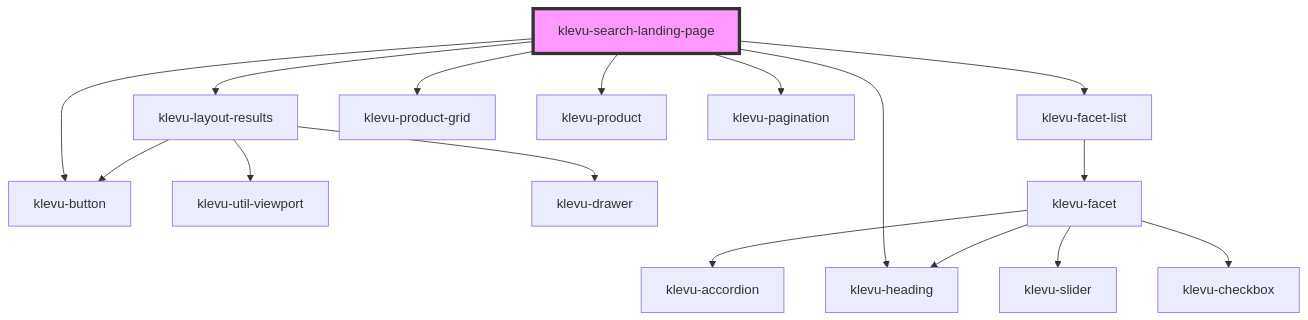
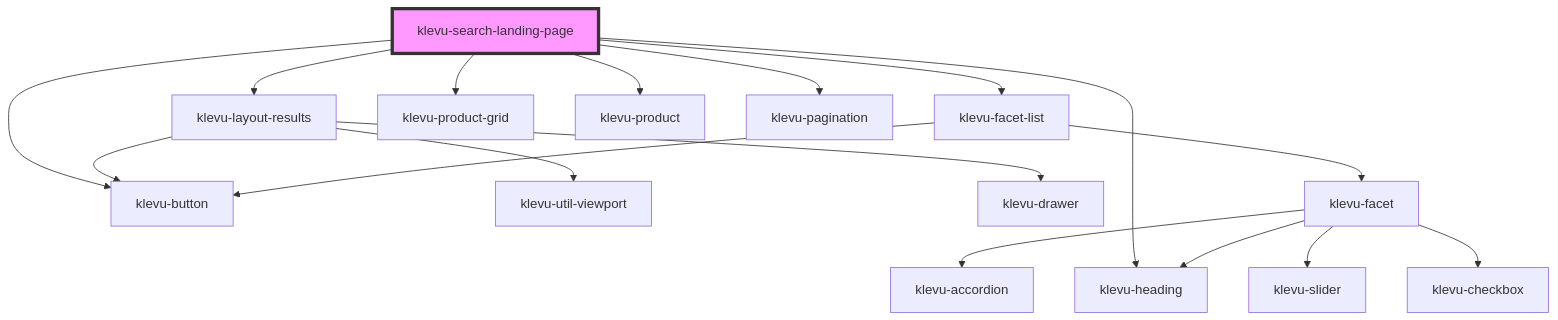
The diagram in packages/klevu-ui/src/components/klevu-search-landing-page/readme.md (klevultd/frontend-sdk), drawn with Mermaid before and after one commit. The commit also changed 25 other files, not shown here.

````diff
--- a/packages/klevu-ui/src/components/klevu-search-landing-page/readme.md
+++ b/packages/klevu-ui/src/components/klevu-search-landing-page/readme.md
@@ -32,19 +32,20 @@
 ```mermaid
 graph TD;
   klevu-search-landing-page --> klevu-layout-results
   klevu-search-landing-page --> klevu-facet-list
   klevu-search-landing-page --> klevu-heading
   klevu-search-landing-page --> klevu-product-grid
   klevu-search-landing-page --> klevu-product
   klevu-search-landing-page --> klevu-pagination
   klevu-search-landing-page --> klevu-button
   klevu-layout-results --> klevu-util-viewport
   klevu-layout-results --> klevu-drawer
   klevu-layout-results --> klevu-button
   klevu-facet-list --> klevu-facet
+  klevu-facet-list --> klevu-button
   klevu-facet --> klevu-accordion
   klevu-facet --> klevu-heading
   klevu-facet --> klevu-slider
   klevu-facet --> klevu-checkbox
   style klevu-search-landing-page fill:#f9f,stroke:#333,stroke-width:4px
 ```
````
